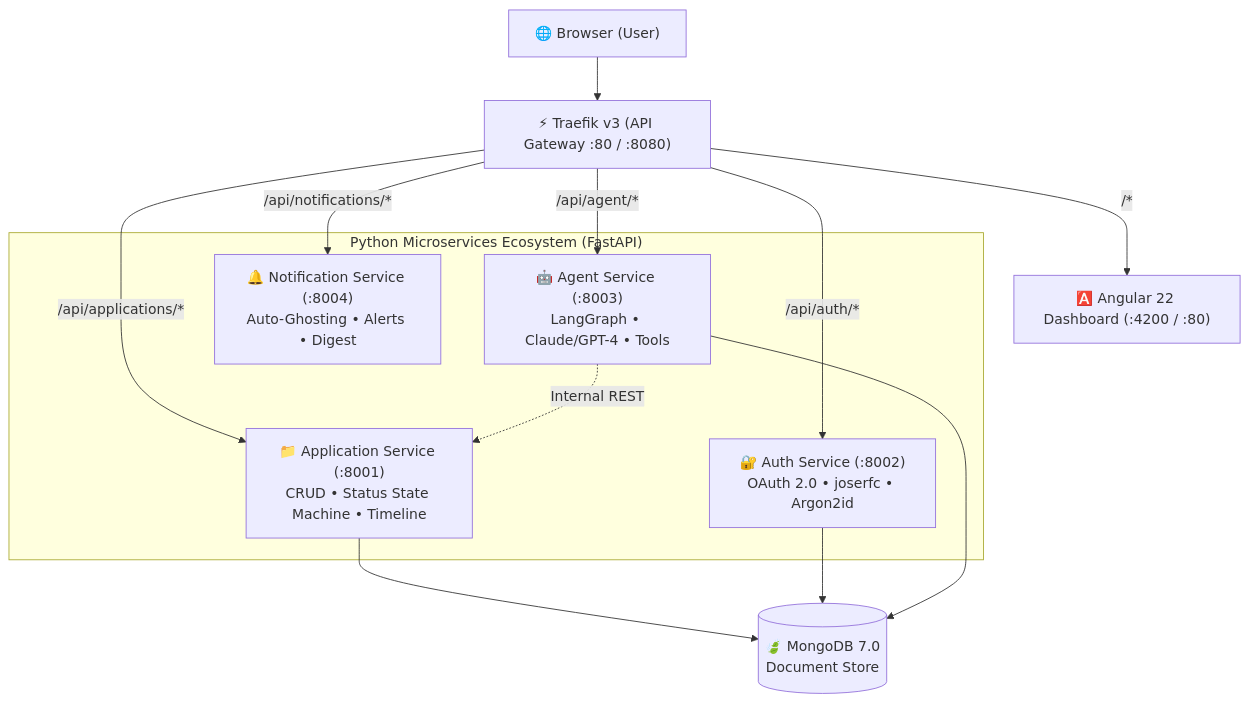
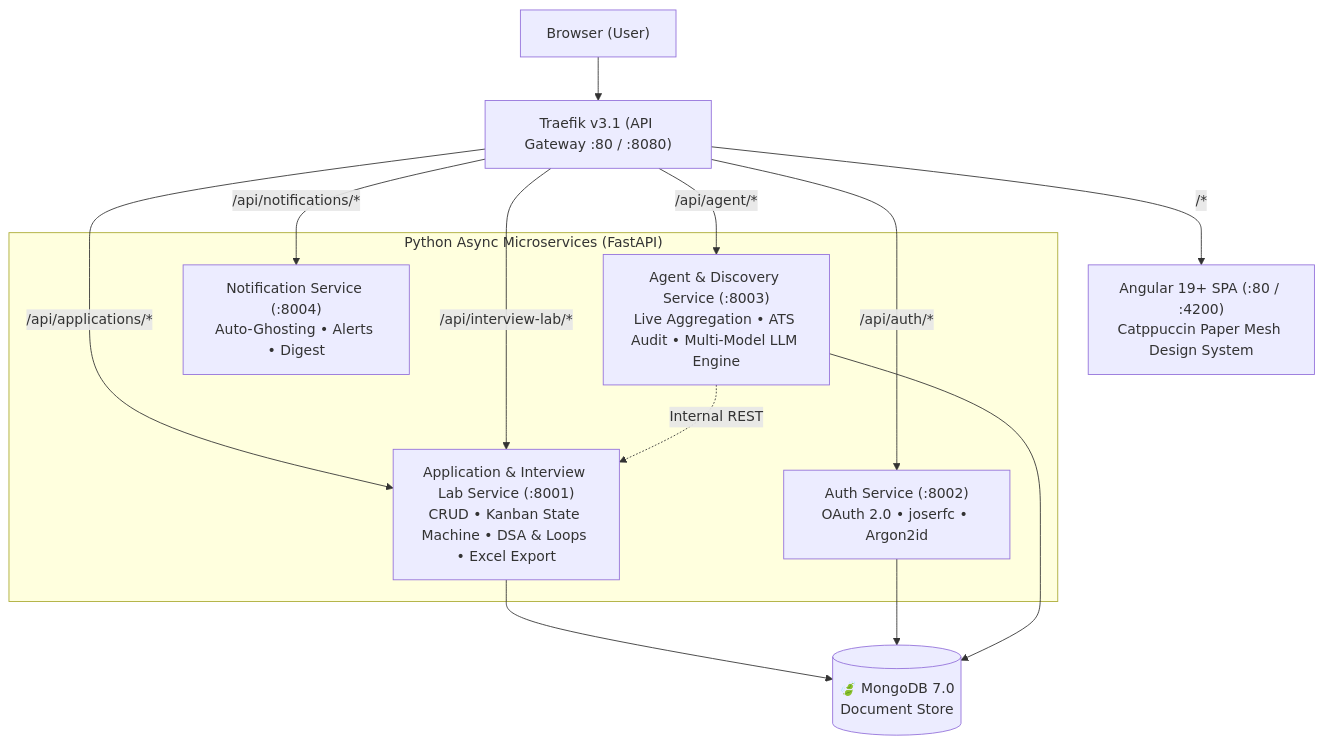
Before and after one commit to Rushilch/Job-Tracker: the diagram in README.md, drawn with Mermaid. The commit also changed other lines of this file, not shown here.

````diff
--- a/README.md
+++ b/README.md
@@ -10,27 +10,28 @@
 ```mermaid
 graph TB
-    User["🌐 Browser (User)"]
-    Traefik["⚡ Traefik v3 (API Gateway :80 / :8080)"]
-    FE["🅰️ Angular 22 Dashboard (:4200 / :80)"]
+    User[" Browser (User)"]
+    Traefik[" Traefik v3.1 (API Gateway :80 / :8080)"]
+    FE[" Angular 19+ SPA (:80 / :4200)<br/>Catppuccin Paper Mesh Design System"]
     
-    subgraph Backend Services ["Python Microservices Ecosystem (FastAPI)"]
-        AppSvc["📁 Application Service (:8001)<br/>CRUD • Status State Machine • Timeline"]
-        AuthSvc["🔐 Auth Service (:8002)<br/>OAuth 2.0 • joserfc • Argon2id"]
-        AgentSvc["🤖 Agent Service (:8003)<br/>LangGraph • Claude/GPT-4 • Tools"]
-        NotifSvc["🔔 Notification Service (:8004)<br/>Auto-Ghosting • Alerts • Digest"]
+    subgraph Backend Services ["Python Async Microservices (FastAPI)"]
+        AppSvc[" Application & Interview Lab Service (:8001)<br/>CRUD • Kanban State Machine • DSA & Loops • Excel Export"]
+        AuthSvc[" Auth Service (:8002)<br/>OAuth 2.0 • joserfc • Argon2id"]
+        AgentSvc[" Agent & Discovery Service (:8003)<br/>Live Aggregation • ATS Audit • Multi-Model LLM Engine"]
+        NotifSvc[" Notification Service (:8004)<br/>Auto-Ghosting • Alerts • Digest"]
     end
     
     DB[(🍃 MongoDB 7.0<br/>Document Store)]
 
     User --> Traefik
     Traefik -->|"/*"| FE
     Traefik -->|"/api/applications/*"| AppSvc
+    Traefik -->|"/api/interview-lab/*"| AppSvc
     Traefik -->|"/api/auth/*"| AuthSvc
     Traefik -->|"/api/agent/*"| AgentSvc
     Traefik -->|"/api/notifications/*"| NotifSvc
     
     AppSvc --> DB
     AuthSvc --> DB
     AgentSvc --> DB
     AgentSvc -.->|"Internal REST"| AppSvc
 ```
````
